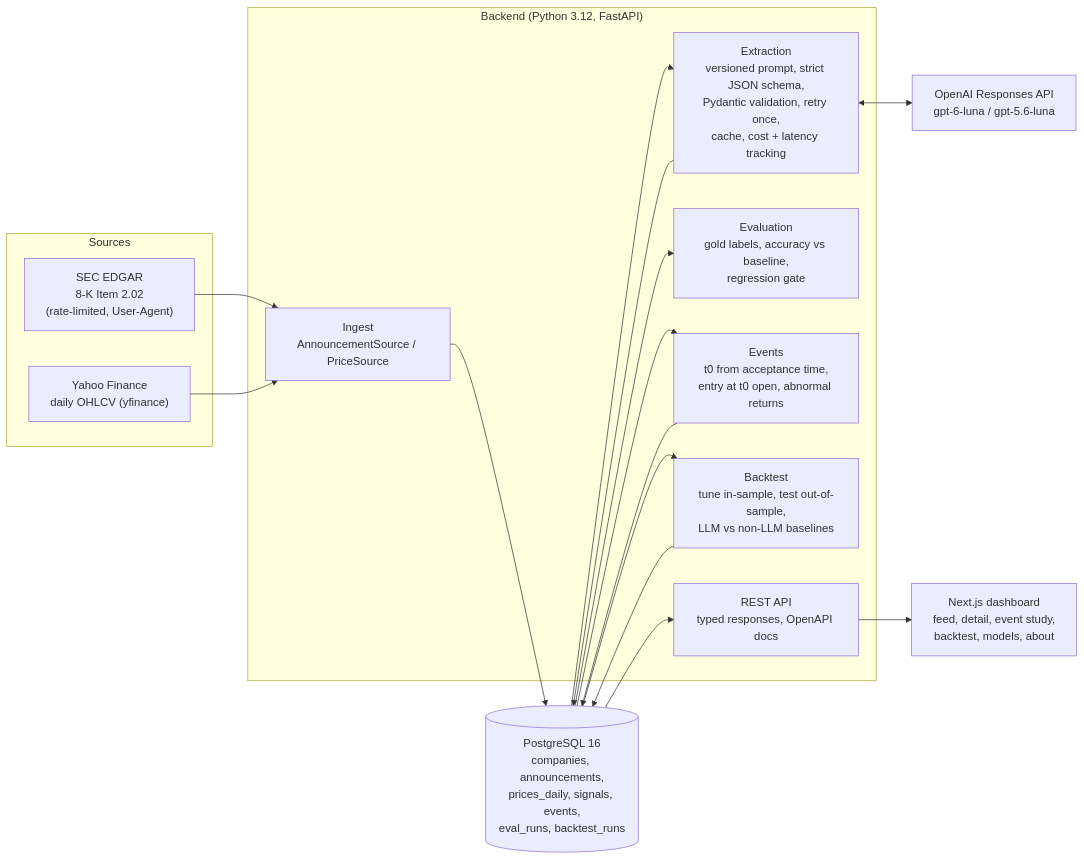
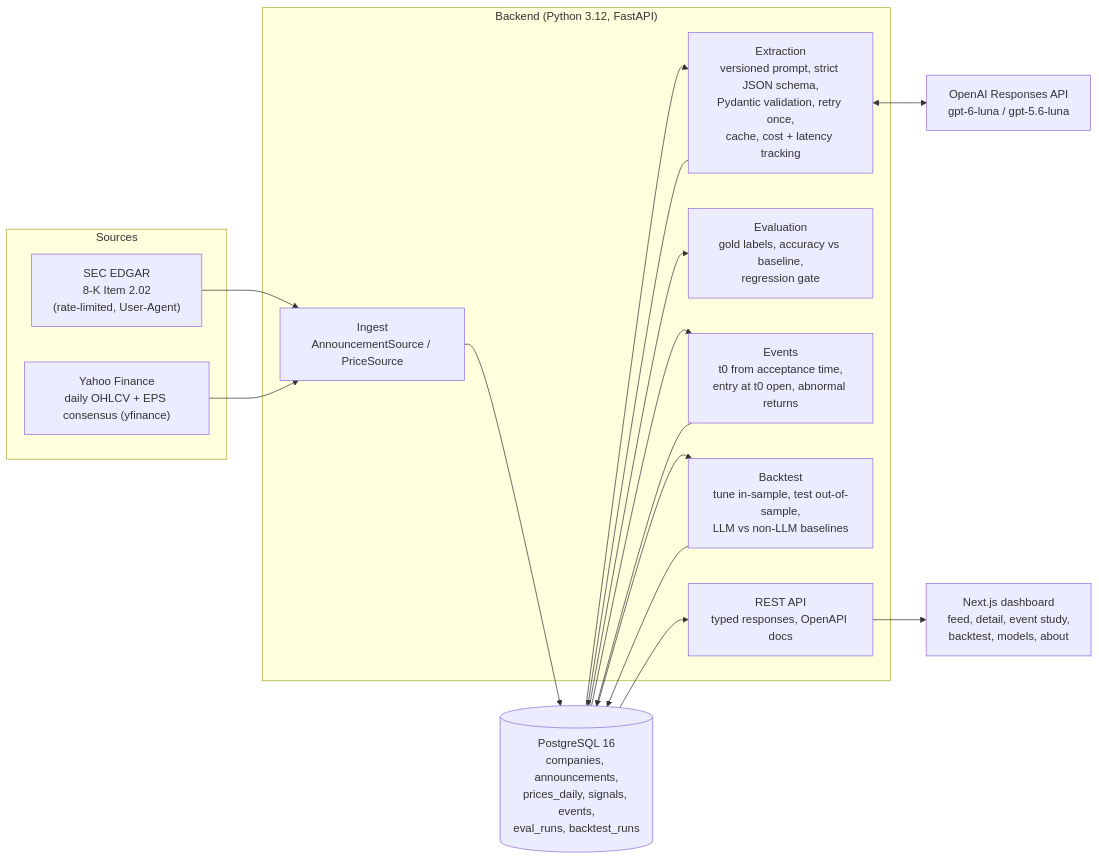
Before and after one commit to Ham12-3/trading: the diagram in README.md, drawn with Mermaid. The commit also changed other lines of this file and 21 other files, not shown here.

First line of the commit message:
Phase 7a: numeric EPS surprise vs analyst consensus (Yahoo, free)

````diff
--- a/README.md
+++ b/README.md
@@ -93,31 +107,31 @@
 ```mermaid
 flowchart LR
     subgraph Sources
         EDGAR["SEC EDGAR<br/>8-K Item 2.02<br/>(rate-limited, User-Agent)"]
-        YF["Yahoo Finance<br/>daily OHLCV (yfinance)"]
+        YF["Yahoo Finance<br/>daily OHLCV + EPS consensus (yfinance)"]
     end
 
     subgraph Backend["Backend (Python 3.12, FastAPI)"]
         ING["Ingest<br/>AnnouncementSource / PriceSource"]
         EXT["Extraction<br/>versioned prompt, strict JSON schema,<br/>Pydantic validation, retry once,<br/>cache, cost + latency tracking"]
         EVAL["Evaluation<br/>gold labels, accuracy vs baseline,<br/>regression gate"]
         EV["Events<br/>t0 from acceptance time,<br/>entry at t0 open, abnormal returns"]
         BT["Backtest<br/>tune in-sample, test out-of-sample,<br/>LLM vs non-LLM baselines"]
         API["REST API<br/>typed responses, OpenAPI docs"]
     end
 
     DB[("PostgreSQL 16<br/>companies, announcements,<br/>prices_daily, signals, events,<br/>eval_runs, backtest_runs")]
     LLM["OpenAI Responses API<br/>gpt-6-luna / gpt-5.6-luna"]
     WEB["Next.js dashboard<br/>feed, detail, event study,<br/>backtest, models, about"]
 
     EDGAR --> ING
     YF --> ING
     ING --> DB
     DB --> EXT
     EXT <--> LLM
     EXT --> DB
     DB --> EVAL
     DB --> EV --> DB
     DB --> BT --> DB
     DB --> API --> WEB
 ```
````
